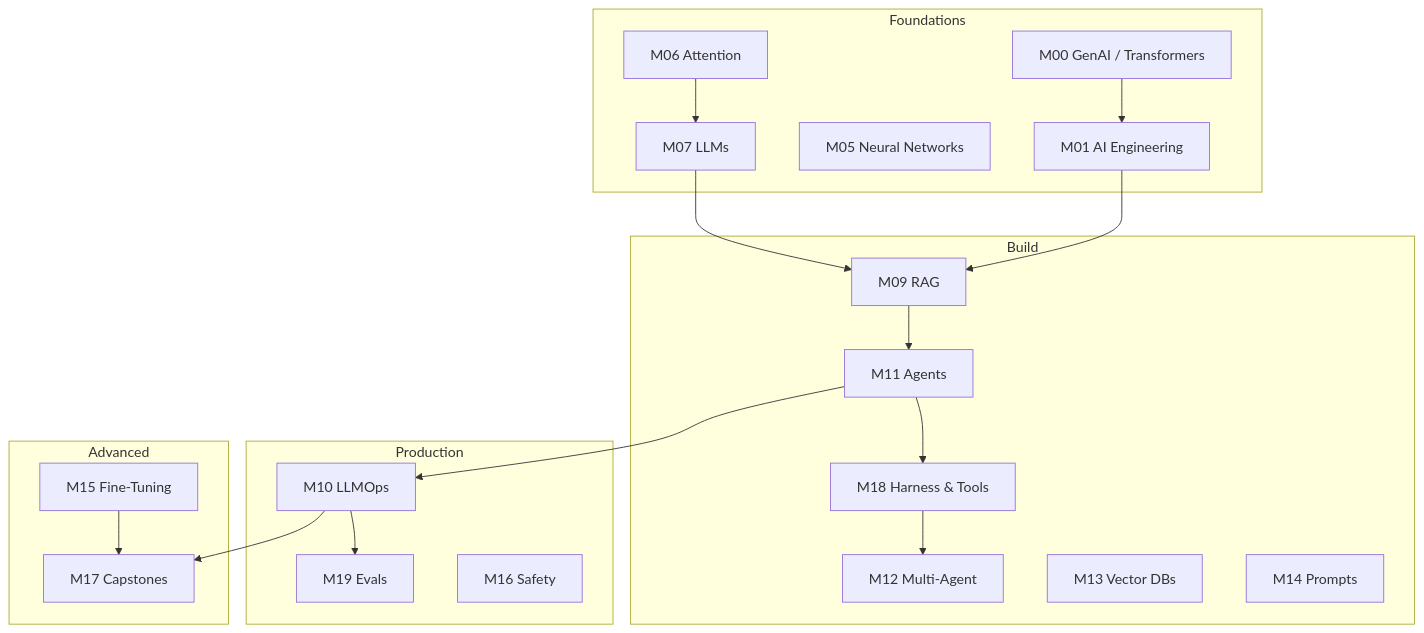
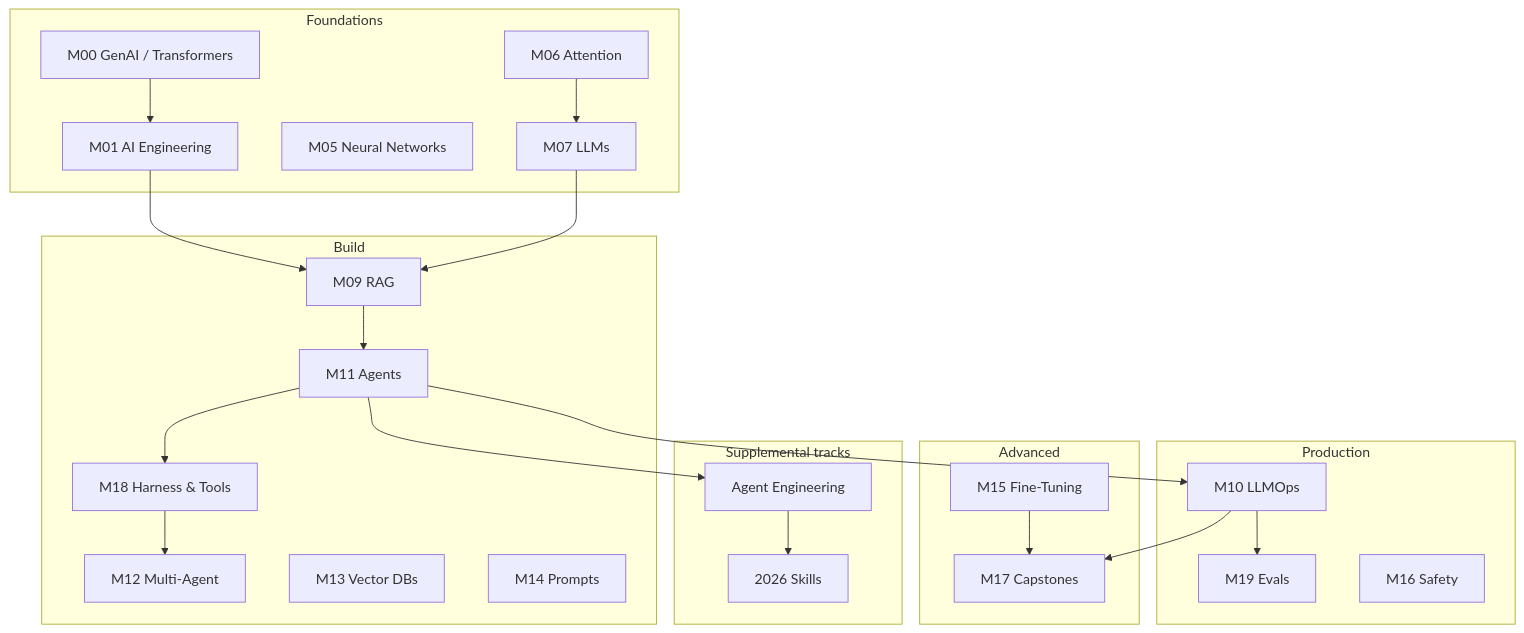
Before and after one commit to psssnikhil/learn-ai-engineering: the first of 2 diagrams in docs/topic-map.md, drawn with Mermaid. The commit also changed other lines of this file and 37 other files, not shown here.

````diff
--- a/docs/topic-map.md
+++ b/docs/topic-map.md
@@ -11,33 +22,39 @@
 ```mermaid
 flowchart TB
   subgraph F["Foundations"]
     M00[M00 GenAI / Transformers]
     M01[M01 AI Engineering]
     M05[M05 Neural Networks]
     M06[M06 Attention]
     M07[M07 LLMs]
   end
   subgraph B["Build"]
     M09[M09 RAG]
     M11[M11 Agents]
     M18[M18 Harness & Tools]
     M12[M12 Multi-Agent]
     M13[M13 Vector DBs]
     M14[M14 Prompts]
   end
   subgraph P["Production"]
     M10[M10 LLMOps]
     M19[M19 Evals]
     M16[M16 Safety]
   end
   subgraph A["Advanced"]
     M15[M15 Fine-Tuning]
     M17[M17 Capstones]
   end
+  subgraph T["Supplemental tracks"]
+    AE[Agent Engineering]
+    SK[2026 Skills]
+  end
   M00 --> M01 --> M09
   M06 --> M07 --> M09
   M09 --> M11 --> M18 --> M12
   M11 --> M10 --> M19
   M10 --> M17
   M15 --> M17
+  M11 --> AE
+  AE --> SK
 ```
````
